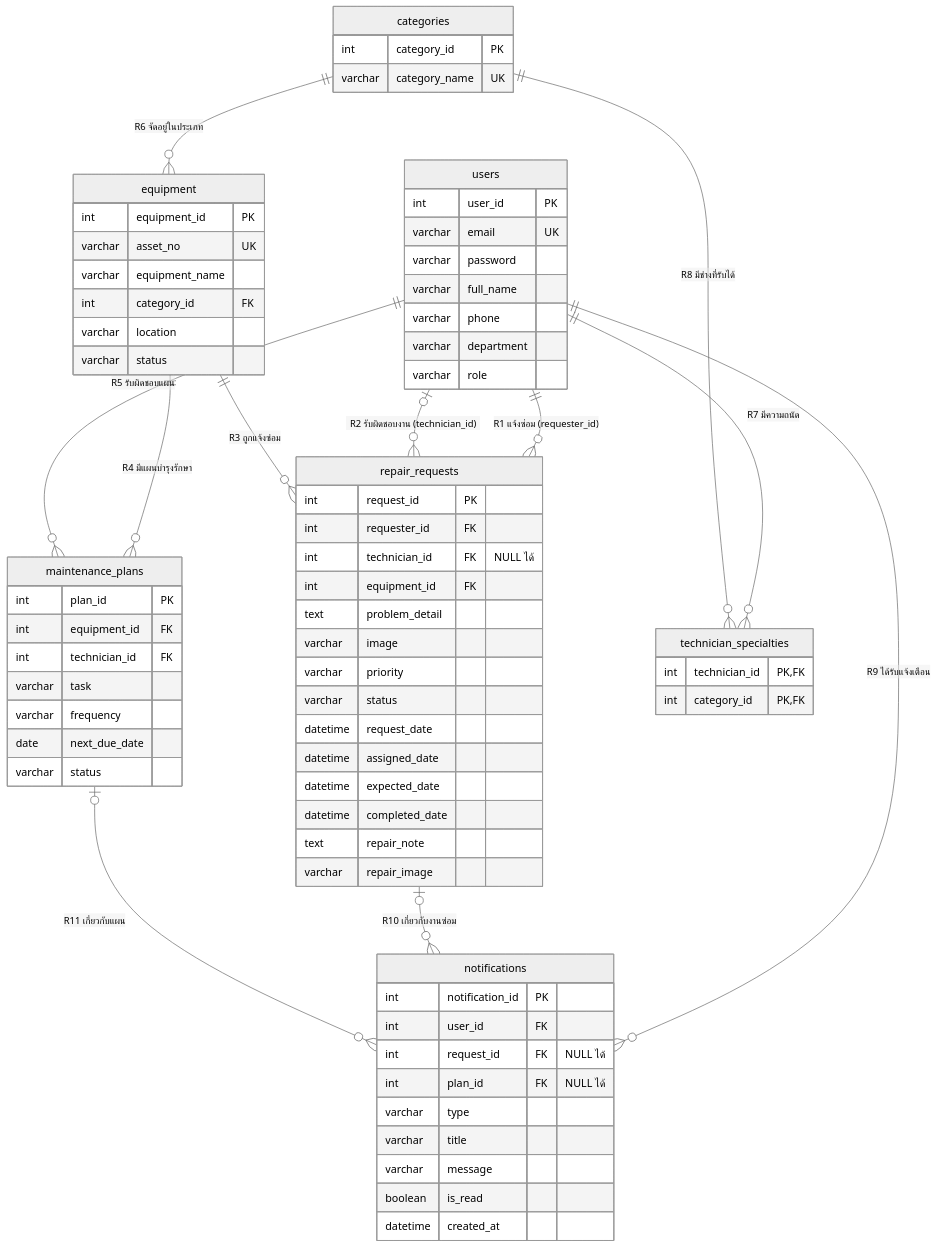
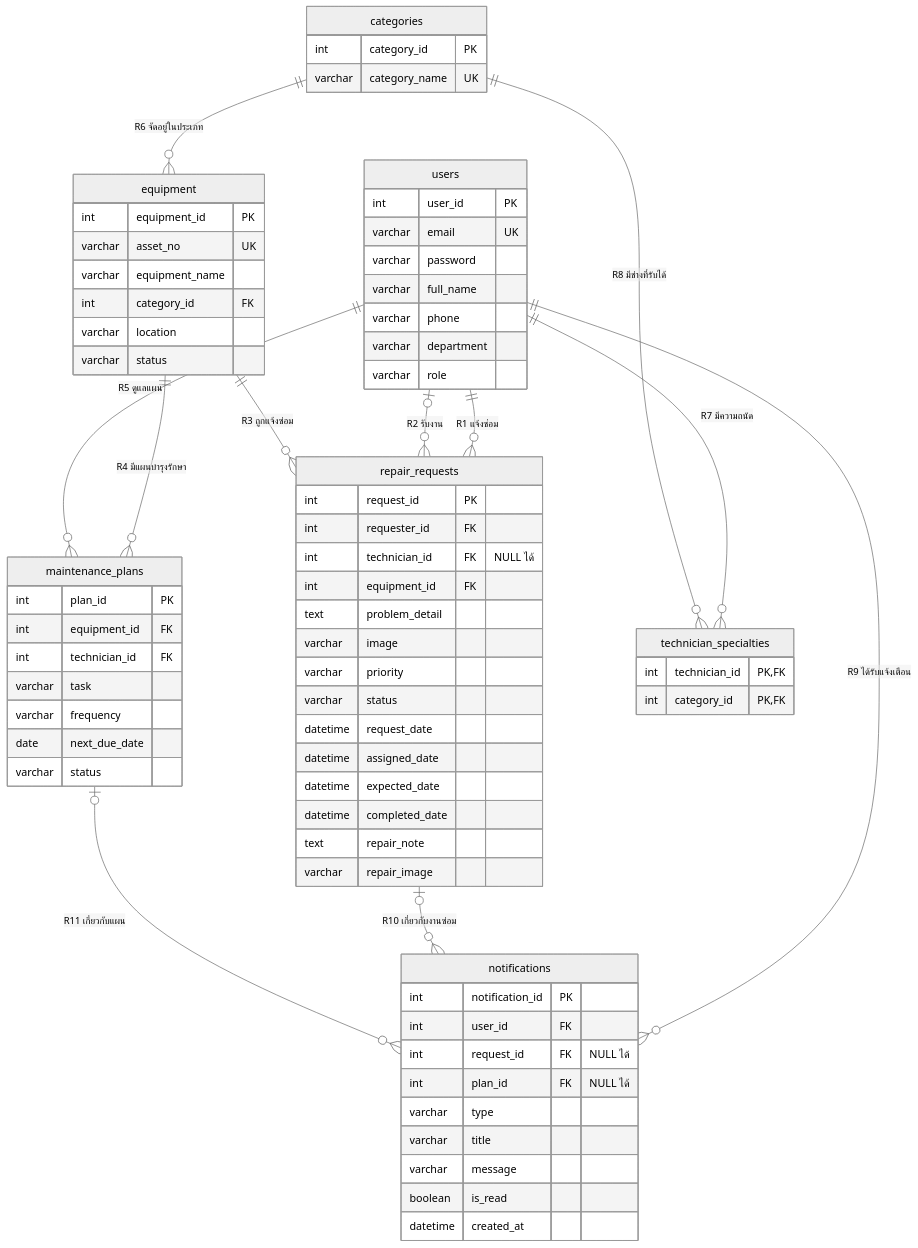
The first of 2 diagrams in ERD_DOCUMENTATION.md (novterss/Repair-Center-Rangsit-University-RSU-), drawn with Mermaid (neutral theme) before and after one commit. The commit also changed other lines of this file and 4 other files, not shown here.

First line of the commit message:
Replace the ERD image with the 7-table version

````diff
--- a/ERD_DOCUMENTATION.md
+++ b/ERD_DOCUMENTATION.md
@@ -48,76 +50,76 @@
 ```mermaid
 erDiagram
-    users ||--o{ repair_requests : "R1 แจ้งซ่อม (requester_id)"
-    users |o--o{ repair_requests : "R2 รับผิดชอบงาน (technician_id)"
+    users ||--o{ repair_requests : "R1 แจ้งซ่อม"
+    users |o--o{ repair_requests : "R2 รับงาน"
     equipment ||--o{ repair_requests : "R3 ถูกแจ้งซ่อม"
     equipment ||--o{ maintenance_plans : "R4 มีแผนบำรุงรักษา"
-    users ||--o{ maintenance_plans : "R5 รับผิดชอบแผน"
+    users ||--o{ maintenance_plans : "R5 ดูแลแผน"
     categories ||--o{ equipment : "R6 จัดอยู่ในประเภท"
     users ||--o{ technician_specialties : "R7 มีความถนัด"
     categories ||--o{ technician_specialties : "R8 มีช่างที่รับได้"
     users ||--o{ notifications : "R9 ได้รับแจ้งเตือน"
     repair_requests |o--o{ notifications : "R10 เกี่ยวกับงานซ่อม"
     maintenance_plans |o--o{ notifications : "R11 เกี่ยวกับแผน"
 
     users {
         int user_id PK
         varchar email UK
         varchar password
         varchar full_name
         varchar phone
         varchar department
         varchar role
     }
     categories {
         int category_id PK
         varchar category_name UK
     }
     technician_specialties {
         int technician_id PK,FK
         int category_id PK,FK
     }
     equipment {
         int equipment_id PK
         varchar asset_no UK
         varchar equipment_name
         int category_id FK
         varchar location
         varchar status
     }
     repair_requests {
         int request_id PK
         int requester_id FK
         int technician_id FK "NULL ได้"
         int equipment_id FK
         text problem_detail
         varchar image
         varchar priority
         varchar status
         datetime request_date
         datetime assigned_date
         datetime expected_date
         datetime completed_date
         text repair_note
         varchar repair_image
     }
     maintenance_plans {
         int plan_id PK
         int equipment_id FK
         int technician_id FK
         varchar task
         varchar frequency
         date next_due_date
         varchar status
     }
     notifications {
         int notification_id PK
         int user_id FK
         int request_id FK "NULL ได้"
         int plan_id FK "NULL ได้"
         varchar type
         varchar title
         varchar message
         boolean is_read
         datetime created_at
     }
 ```
````
